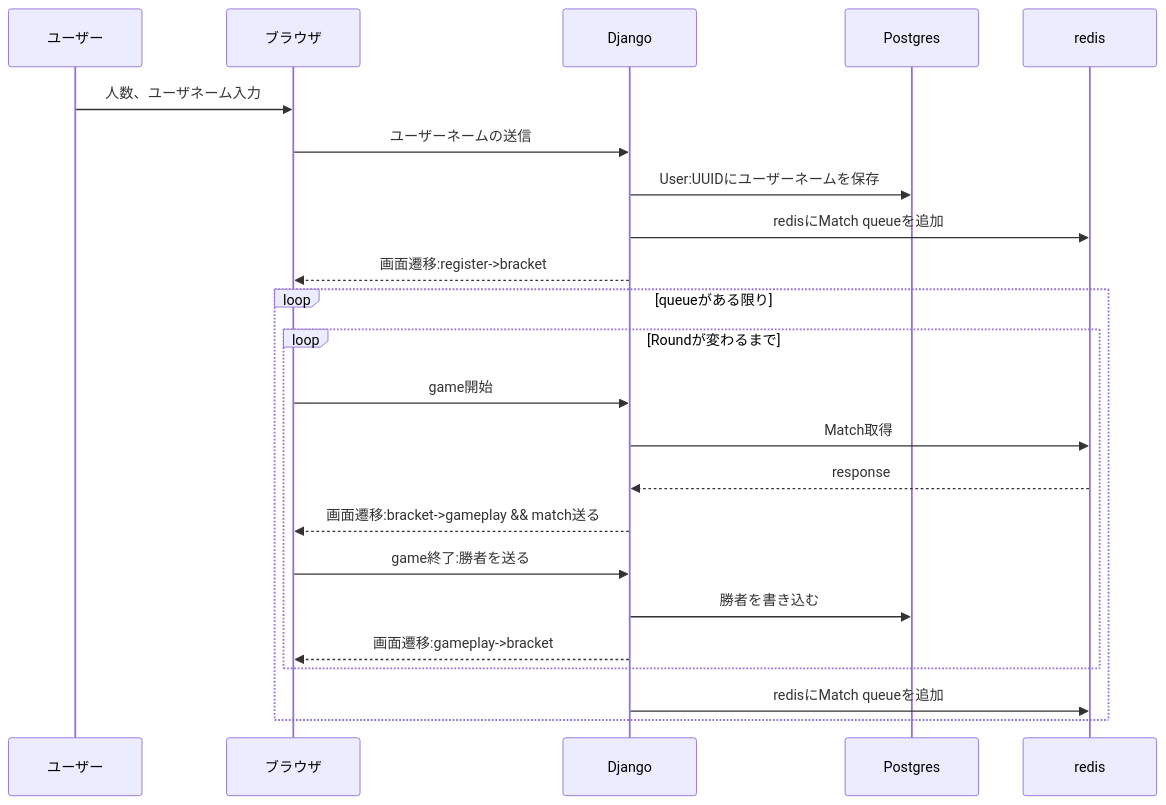
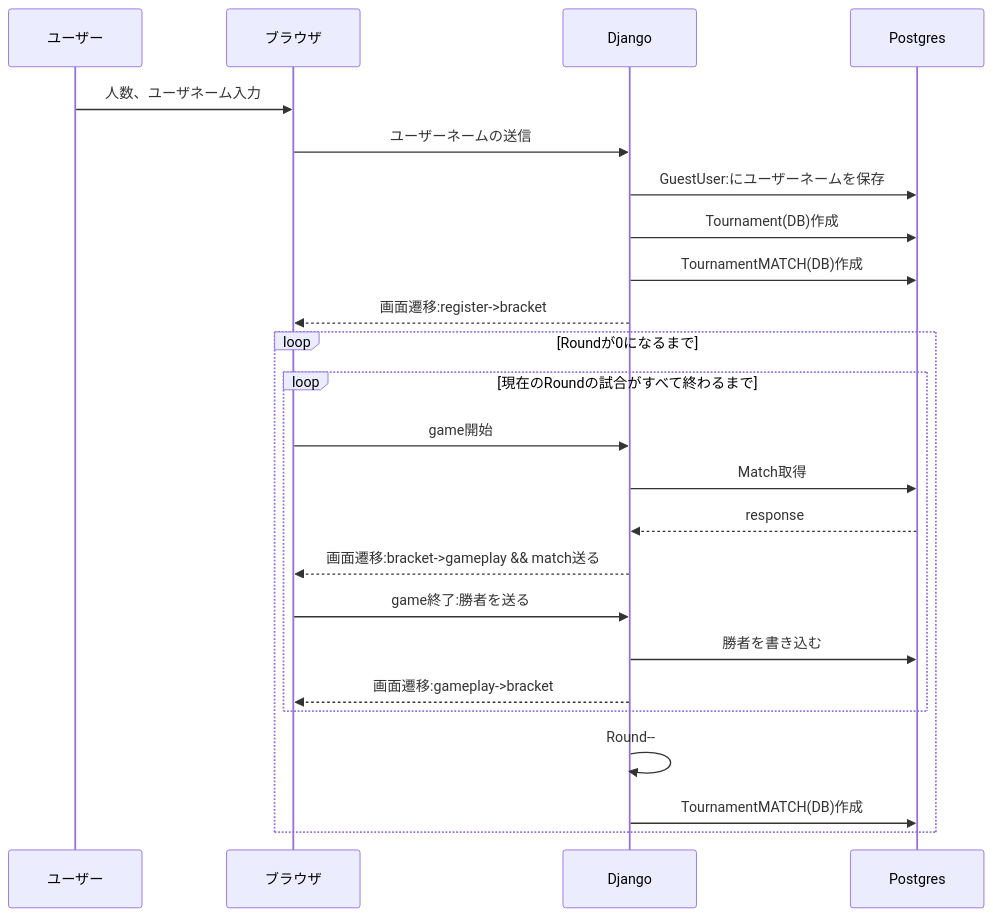
Before and after one commit to yuki-shimoda-crypto/42_ft_transcendence: the diagram in tournament-specification.md, drawn with Mermaid. The commit also changed 11 other files, not shown here.

````diff
--- a/tournament-specification.md
+++ b/tournament-specification.md
@@ -11,28 +11,28 @@
 ```mermaid
 sequenceDiagram
     participant ユーザー
     participant ブラウザ
     participant Django
     participant Postgres
-    participant redis
     ユーザー->>ブラウザ:人数、ユーザネーム入力
     ブラウザ->>Django:ユーザーネームの送信
-    Django->>Postgres:User:UUIDにユーザーネームを保存
-    Django->>redis:redisにMatch queueを追加
+    Django->>Postgres:GuestUser:にユーザーネームを保存
+    Django->>Postgres:Tournament(DB)作成
+    Django->>Postgres:TournamentMATCH(DB)作成
     Django-->>ブラウザ:画面遷移:register->bracket
-    
 
-    loop queueがある限り
-        loop Roundが変わるまで
+    loop Roundが0になるまで
+        loop 現在のRoundの試合がすべて終わるまで
             ブラウザ->>Django:game開始
-            Django->>redis:Match取得
-            redis-->>Django:response
+            Django->>Postgres:Match取得
+            Postgres-->>Django:response
             Django-->>ブラウザ:画面遷移:bracket->gameplay && match送る
             ブラウザ->>Django:game終了:勝者を送る
             Django->>Postgres:勝者を書き込む
             Django-->>ブラウザ:画面遷移:gameplay->bracket
         end
-        Django->>redis:redisにMatch queueを追加
+        Django->>Django:Round--
+        Django->>Postgres:TournamentMATCH(DB)作成
     end
 
 ```
````
